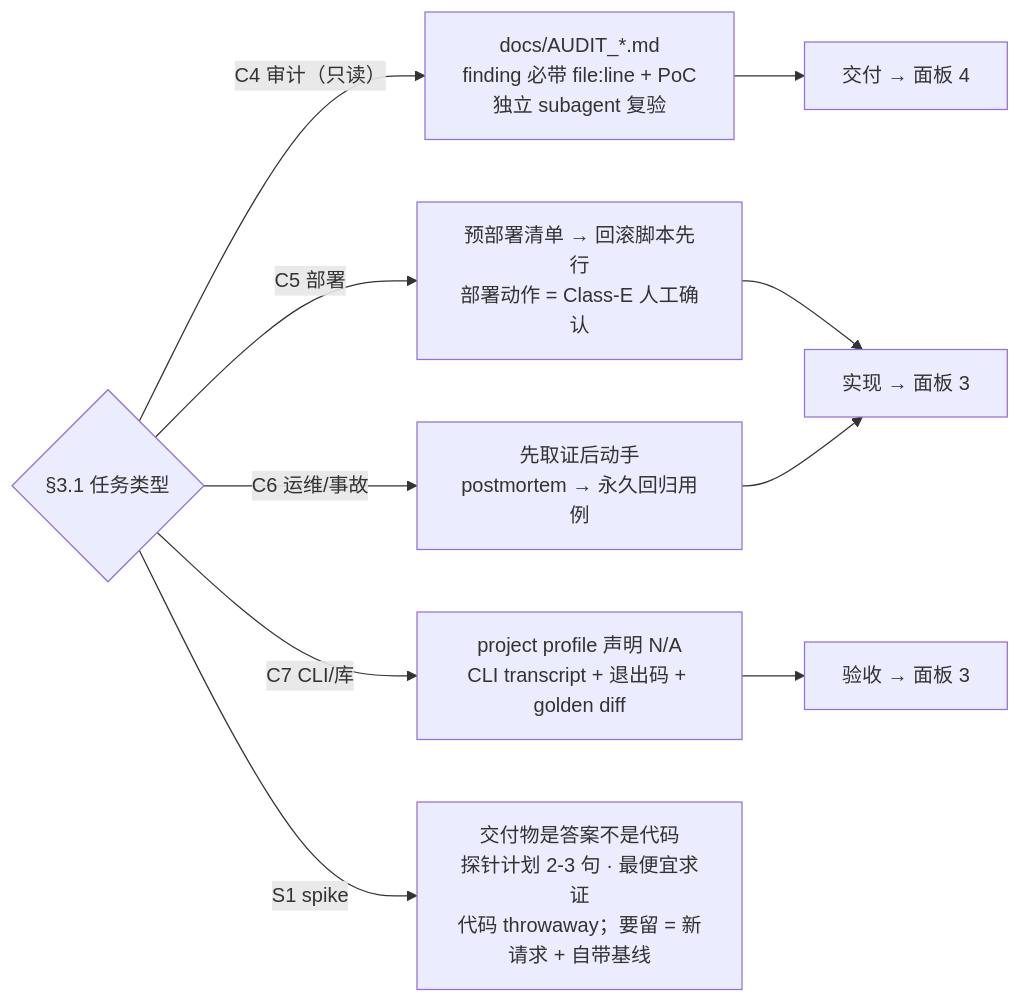
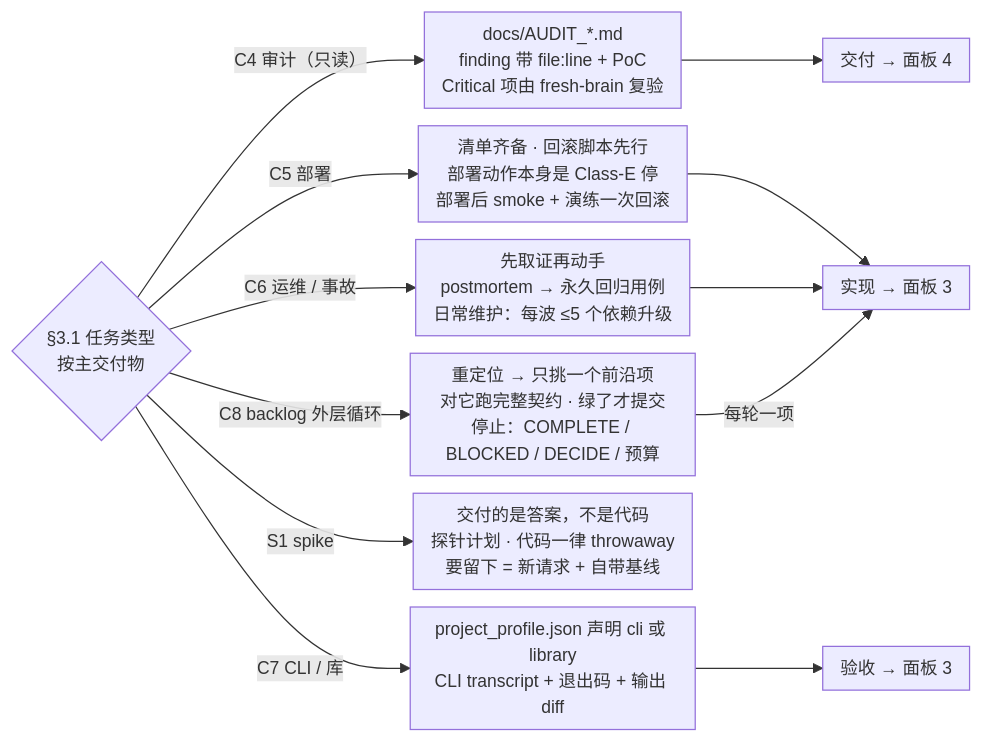
Before and after one commit to logandoo/vibeweaver: the diagram in docs/assets/workflow-2-zh.mmd, drawn with Mermaid. The commit also changed 17 other files, not shown here.

First line of the commit message:
docs(readme): align workflow graphs with the payload, plain out the prose

```diff
--- a/docs/assets/workflow-2-zh.mmd
+++ b/docs/assets/workflow-2-zh.mmd
@@ -1,10 +1,13 @@
+%%{init: {"flowchart": {"nodeSpacing": 14, "rankSpacing": 46, "padding": 7}, "themeVariables": {"fontSize": "14px"}}}%%
 flowchart LR
-    T{"§3.1 任务类型"} -->|"C4 审计（只读）"| T4["docs/AUDIT_*.md<br/>finding 必带 file:line + PoC<br/>独立 subagent 复验"]
-    T -->|"C5 部署"| T5["预部署清单 → 回滚脚本先行<br/>部署动作 = Class-E 人工确认"]
-    T -->|"C6 运维/事故"| T6["先取证后动手<br/>postmortem → 永久回归用例"]
-    T -->|"C7 CLI/库"| T7["project profile 声明 N/A<br/>CLI transcript + 退出码 + golden diff"]
-    T -->|"S1 spike"| T8["交付物是答案不是代码<br/>探针计划 2-3 句 · 最便宜求证<br/>代码 throwaway；要留 = 新请求 + 自带基线"]
+    T{"§3.1 任务类型<br/>按主交付物"} -->|"C4 审计（只读）"| T4["docs/AUDIT_*.md<br/>finding 带 file:line + PoC<br/>Critical 项由 fresh-brain 复验"]
+    T -->|"C5 部署"| T5["清单齐备 · 回滚脚本先行<br/>部署动作本身是 Class-E 停<br/>部署后 smoke + 演练一次回滚"]
+    T -->|"C6 运维 / 事故"| T6["先取证再动手<br/>postmortem → 永久回归用例<br/>日常维护：每波 ≤5 个依赖升级"]
+    T -->|"C7 CLI / 库"| T7["project_profile.json 声明 cli 或 library<br/>CLI transcript + 退出码 + 输出 diff"]
+    T -->|"S1 spike"| T8["交付的是答案，不是代码<br/>探针计划 · 代码一律 throwaway<br/>要留下 = 新请求 + 自带基线"]
+    T -->|"C8 backlog 外层循环"| T9["重定位 → 只挑一个前沿项<br/>对它跑完整契约 · 绿了才提交<br/>停止：COMPLETE / BLOCKED / DECIDE / 预算"]
     T5 --> E["实现 → 面板 3"]
     T6 --> E
     T7 --> H["验收 → 面板 3"]
+    T9 -->|"每轮一项"| E
     T4 --> O["交付 → 面板 4"]
```
